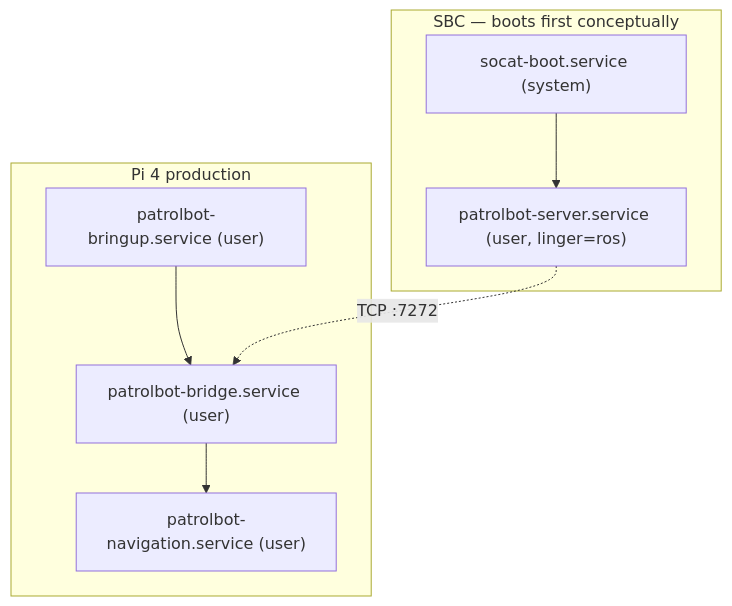
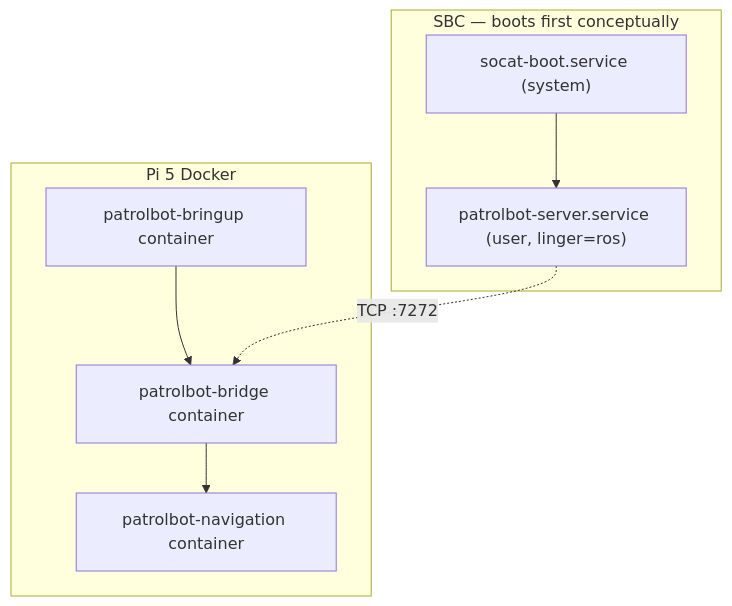
One commit to cmu-impactlab/patrolbot changed the diagram in docs/deployment/robot-deployment.md. Above: the diagram before and after it, drawn with Mermaid. The commit also changed other lines of this file and 103 other files, not shown here.

````diff
--- a/docs/deployment/robot-deployment.md
+++ b/docs/deployment/robot-deployment.md
@@ -15,15 +14,15 @@
 ```mermaid
 flowchart TB
     subgraph SBC["SBC — boots first conceptually"]
         S1["socat-boot.service (system)"]
         S2["patrolbot-server.service (user, linger=ros)"]
         S1 --> S2
     end
-    subgraph PI["Pi 4 production"]
-        P1["patrolbot-bringup.service (user)"]
-        P2["patrolbot-bridge.service (user)"]
-        P3["patrolbot-navigation.service (user)"]
+    subgraph PI["Pi 5 Docker"]
+        P1["patrolbot-bringup container"]
+        P2["patrolbot-bridge container"]
+        P3["patrolbot-navigation container"]
         P1 --> P2 --> P3
     end
     S2 -. "TCP :7272" .-> P2
 ```
````
